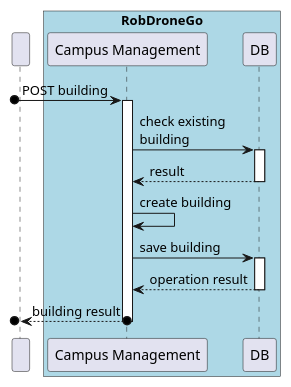
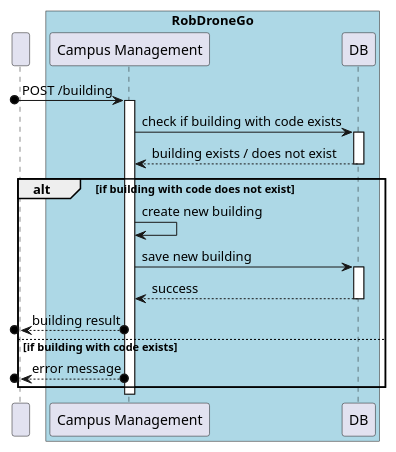
The diagram in docs/US/ID-150/SD lv2.puml (winqus/RobDroneGo), drawn with PlantUML before and after one commit. The commit also changed 3 other files, not shown here.

Commit message:
Update ID150 diagrams

```diff
--- a/docs/US/ID-150/SD lv2.puml
+++ b/docs/US/ID-150/SD lv2.puml
@@ -1,27 +1,35 @@
 @startuml SD Lv2
 
 participant " "
 box "RobDroneGo" #LightBlue
     participant "Campus Management" as campus
     participant "DB" as DB
 end box
 
-[o-> campus : POST building
+[o-> campus : POST /building
 activate campus
 
-campus -> DB : check existing\nbuilding
+campus -> DB : check if building with code exists
 activate DB
-DB --> campus : result
+DB --> campus : building exists / does not exist
 deactivate DB
 
-campus -> campus : create building
+alt if building with code does not exist
 
-campus -> DB : save building
-activate DB
-DB --> campus : operation result
-deactivate DB
+    campus -> campus : create new building
 
-[o<--o campus : building result
+    campus -> DB : save new building
+    activate DB
+    DB --> campus : success
+    deactivate DB
+
+    [o<--o campus : building result
+
+else if building with code exists
+
+    [o<--o campus : error message
+
+end
 deactivate campus
 
 @enduml
```
